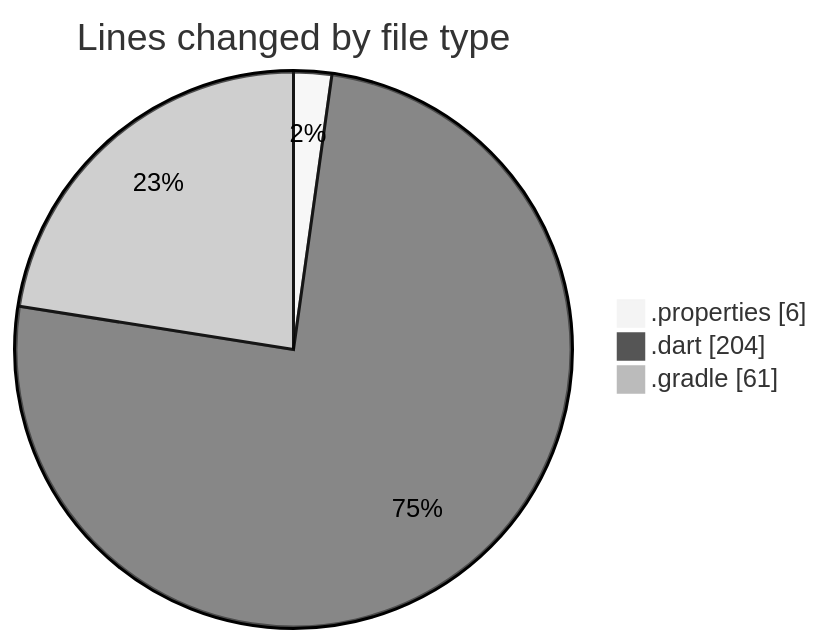
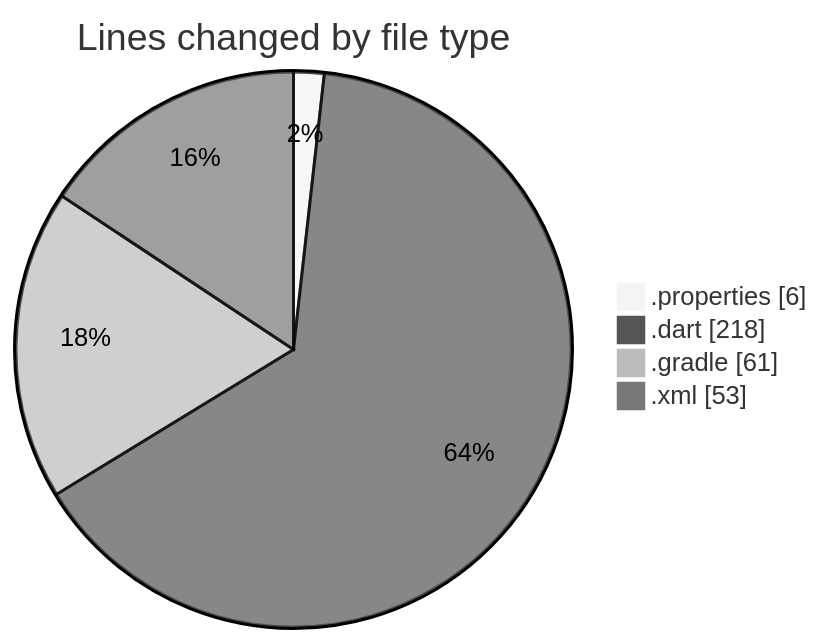
The first of 2 diagrams in 2025-01-28/maps_clone/README.md (donsfak/code-tracking), drawn with Mermaid (neutral theme) before and after one commit. The commit also changed other lines of this file and 1 other file, not shown here.

````diff
--- a/2025-01-28/maps_clone/README.md
+++ b/2025-01-28/maps_clone/README.md
@@ -22,7 +23,8 @@
 ```mermaid
 pie showData
 title Lines changed by file type
 ".properties" : 6
-".dart" : 204
+".dart" : 218
 ".gradle" : 61
+".xml" : 53
 ```
````
